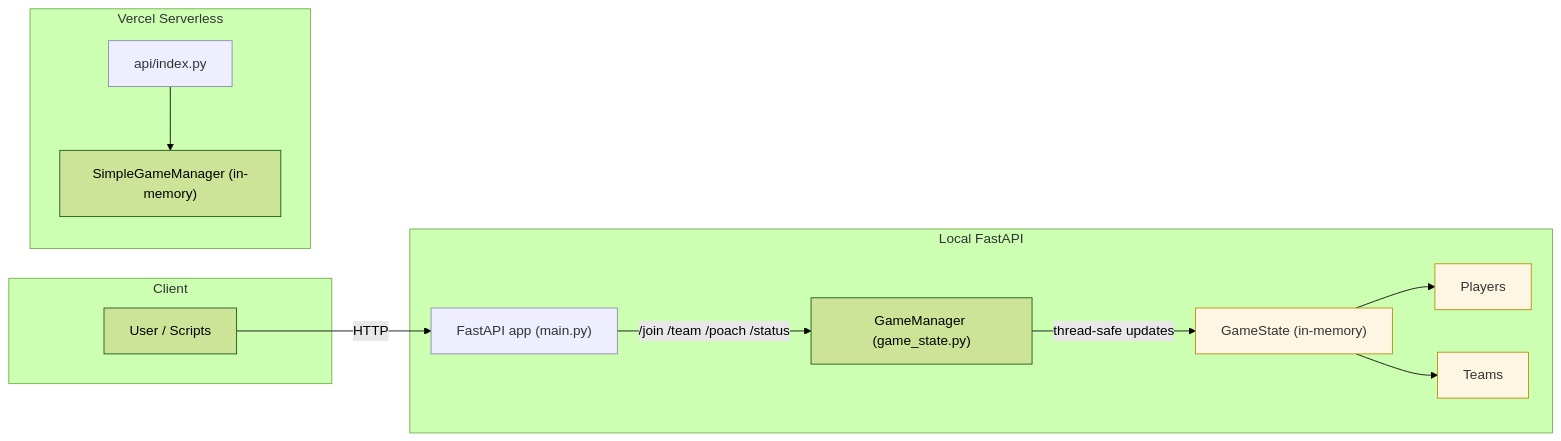
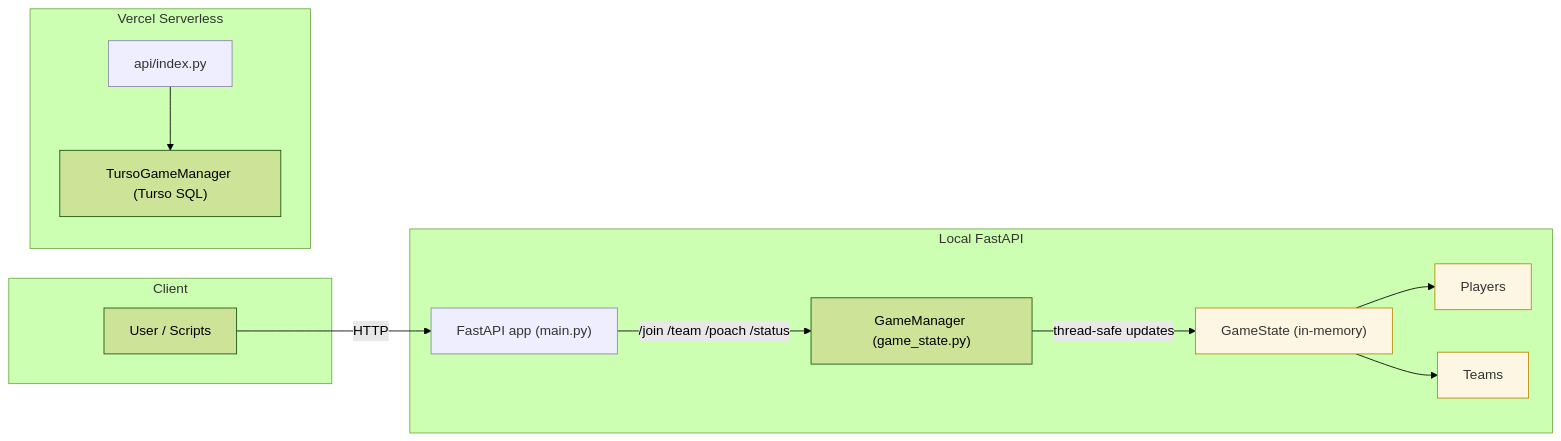
Before and after one commit to nibzard/poachers: the first of 7 diagrams in DIAGRAMS.md, drawn with Mermaid (forest theme). The commit also changed other lines of this file and 7 other files, not shown here.

````diff
--- a/DIAGRAMS.md
+++ b/DIAGRAMS.md
@@ -5,29 +5,29 @@
 ```mermaid
 flowchart LR
     subgraph Client
         U[User / Scripts]
     end
 
     subgraph Local FastAPI
         APP["FastAPI app (main.py)"]
         GM["GameManager (game_state.py)"]
         GS["GameState (in-memory)"]
         APP -->|/join /team /poach /status| GM
         GM -->|thread-safe updates| GS
         GS --> P["Players"]
         GS --> T["Teams"]
     end
 
     U -->|HTTP| APP
 
     subgraph Vercel Serverless
         VAPP["api/index.py"]
-        SGM["SimpleGameManager (in-memory)"]
-        VAPP --> SGM
+        TGM["TursoGameManager (Turso SQL)"]
+        VAPP --> TGM
     end
 
     classDef store fill:#fdf6e3,stroke:#b58900,color:#333
     classDef svc fill:#eef,stroke:#88a,color:#333
     class APP,WAPP,VAPP svc
-    class GS,KV,P,T store
+    class GS,P,T store
 ```
````
